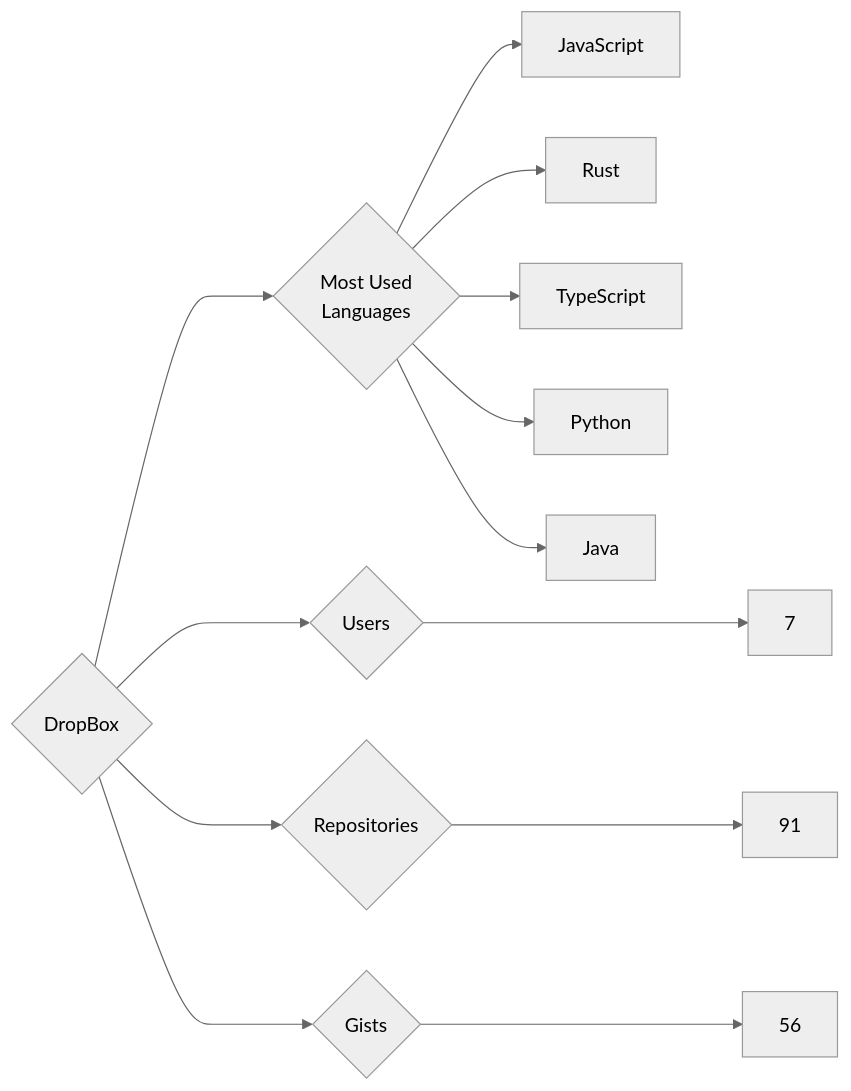
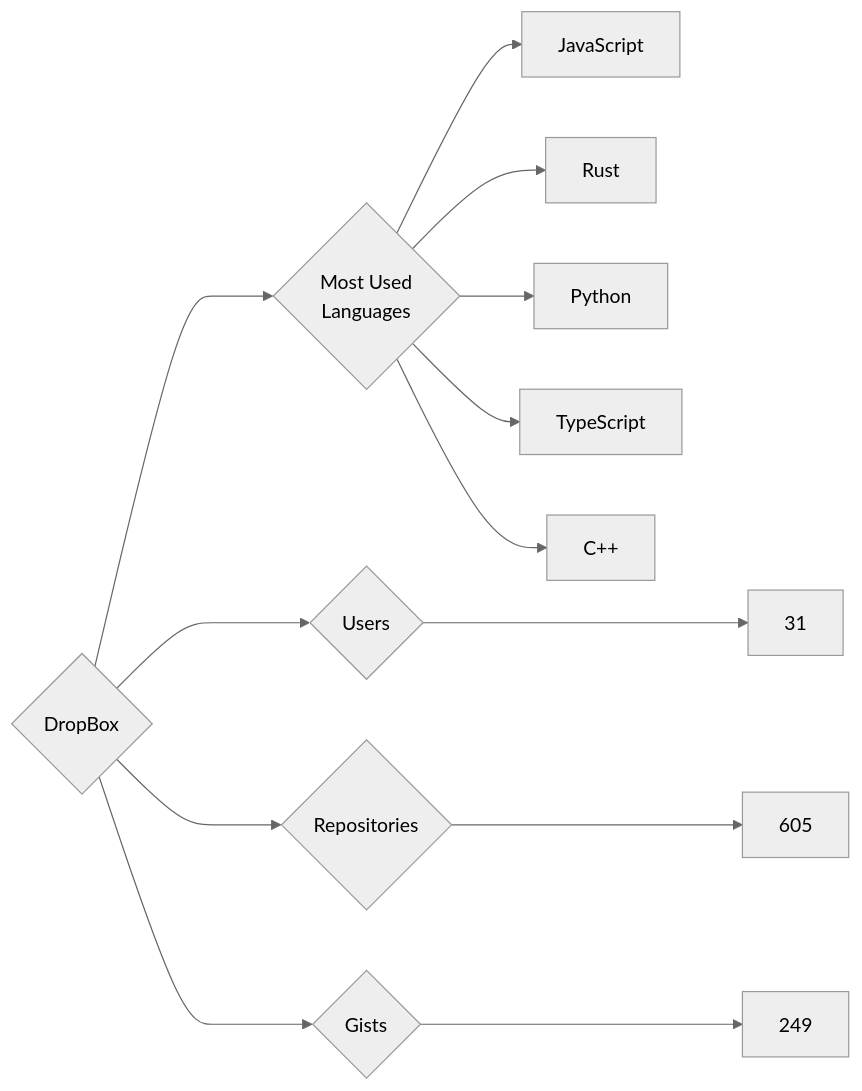
One commit to trickest/insiders changed the diagram in targets/DropBox/README.md. Above: the diagram before and after it, drawn with Mermaid (neutral theme). The commit also changed 614 other files, not shown here.

````diff
--- a/targets/DropBox/README.md
+++ b/targets/DropBox/README.md
@@ -3,13 +3,13 @@
 ```mermaid
 graph LR
 COMPANY_NAME{DropBox}
-COMPANY_NAME ---> U{Users} ---> UN[7]
-COMPANY_NAME ---> R{Repositories} ---> RN[91]
-COMPANY_NAME ---> G{Gists} ---> GN[56]
+COMPANY_NAME ---> U{Users} ---> UN[31]
+COMPANY_NAME ---> R{Repositories} ---> RN[605]
+COMPANY_NAME ---> G{Gists} ---> GN[249]
 COMPANY_NAME ---> ML{Most Used<br>Languages}
 ML --> JavaScript[JavaScript]
 ML --> Rust[Rust]
+ML --> Python[Python]
 ML --> TypeScript[TypeScript]
-ML --> Python[Python]
-ML --> Java[Java]
+ML --> C++[C++]
 ```
````
